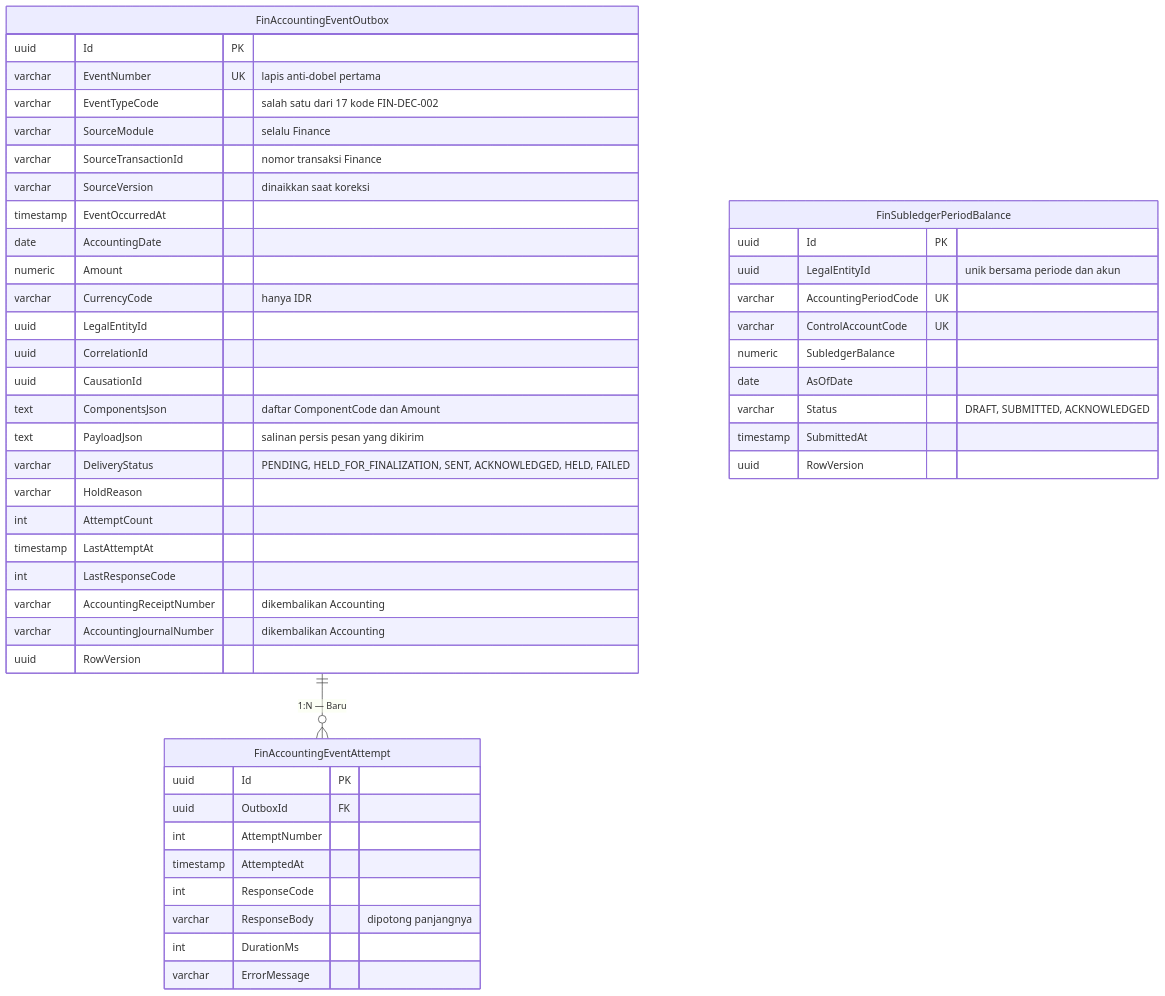
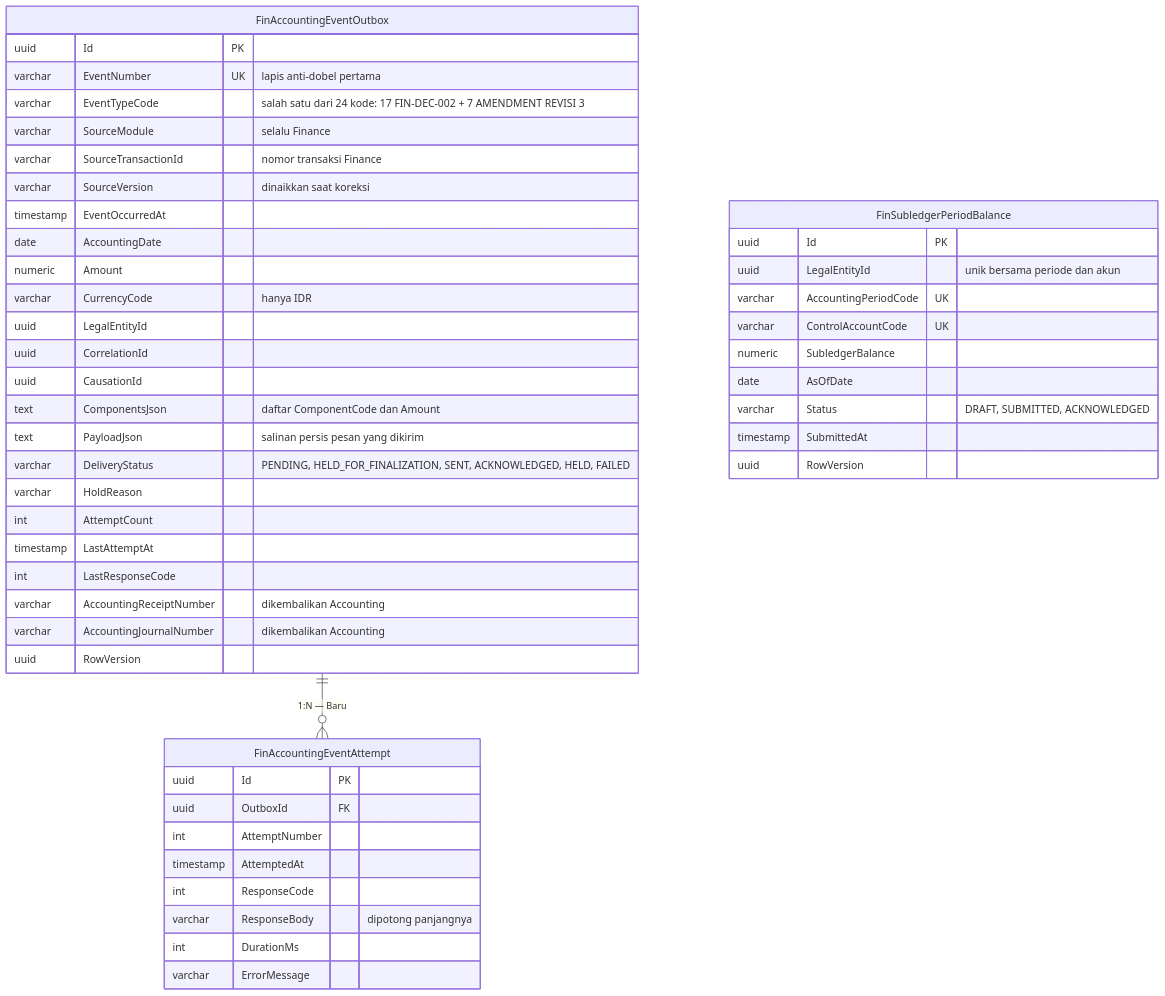
One commit to DevBenari/NewQuilvianSystemBackend changed the diagram in docs/module-blueprints/finance-management/erd/accounting-integration.md. Above: the diagram before and after it, drawn with Mermaid. The commit also changed other lines of this file and 37 other files, not shown here.

````diff
--- a/docs/module-blueprints/finance-management/erd/accounting-integration.md
+++ b/docs/module-blueprints/finance-management/erd/accounting-integration.md
@@ -14,50 +15,50 @@
 ```mermaid
 erDiagram
     FinAccountingEventOutbox {
         uuid Id PK
         varchar EventNumber UK "lapis anti-dobel pertama"
-        varchar EventTypeCode "salah satu dari 17 kode FIN-DEC-002"
+        varchar EventTypeCode "salah satu dari 24 kode: 17 FIN-DEC-002 + 7 AMENDMENT REVISI 3"
         varchar SourceModule "selalu Finance"
         varchar SourceTransactionId "nomor transaksi Finance"
         varchar SourceVersion "dinaikkan saat koreksi"
         timestamp EventOccurredAt
         date AccountingDate
         numeric Amount
         varchar CurrencyCode "hanya IDR"
         uuid LegalEntityId
         uuid CorrelationId
         uuid CausationId
         text ComponentsJson "daftar ComponentCode dan Amount"
         text PayloadJson "salinan persis pesan yang dikirim"
         varchar DeliveryStatus "PENDING, HELD_FOR_FINALIZATION, SENT, ACKNOWLEDGED, HELD, FAILED"
         varchar HoldReason
         int AttemptCount
         timestamp LastAttemptAt
         int LastResponseCode
         varchar AccountingReceiptNumber "dikembalikan Accounting"
         varchar AccountingJournalNumber "dikembalikan Accounting"
         uuid RowVersion
     }
     FinAccountingEventAttempt {
         uuid Id PK
         uuid OutboxId FK
         int AttemptNumber
         timestamp AttemptedAt
         int ResponseCode
         varchar ResponseBody "dipotong panjangnya"
         int DurationMs
         varchar ErrorMessage
     }
     FinSubledgerPeriodBalance {
         uuid Id PK
         uuid LegalEntityId "unik bersama periode dan akun"
         varchar AccountingPeriodCode UK
         varchar ControlAccountCode UK
         numeric SubledgerBalance
         date AsOfDate
         varchar Status "DRAFT, SUBMITTED, ACKNOWLEDGED"
         timestamp SubmittedAt
         uuid RowVersion
     }
     FinAccountingEventOutbox ||--o{ FinAccountingEventAttempt : "1:N — Baru"
 ```
````
